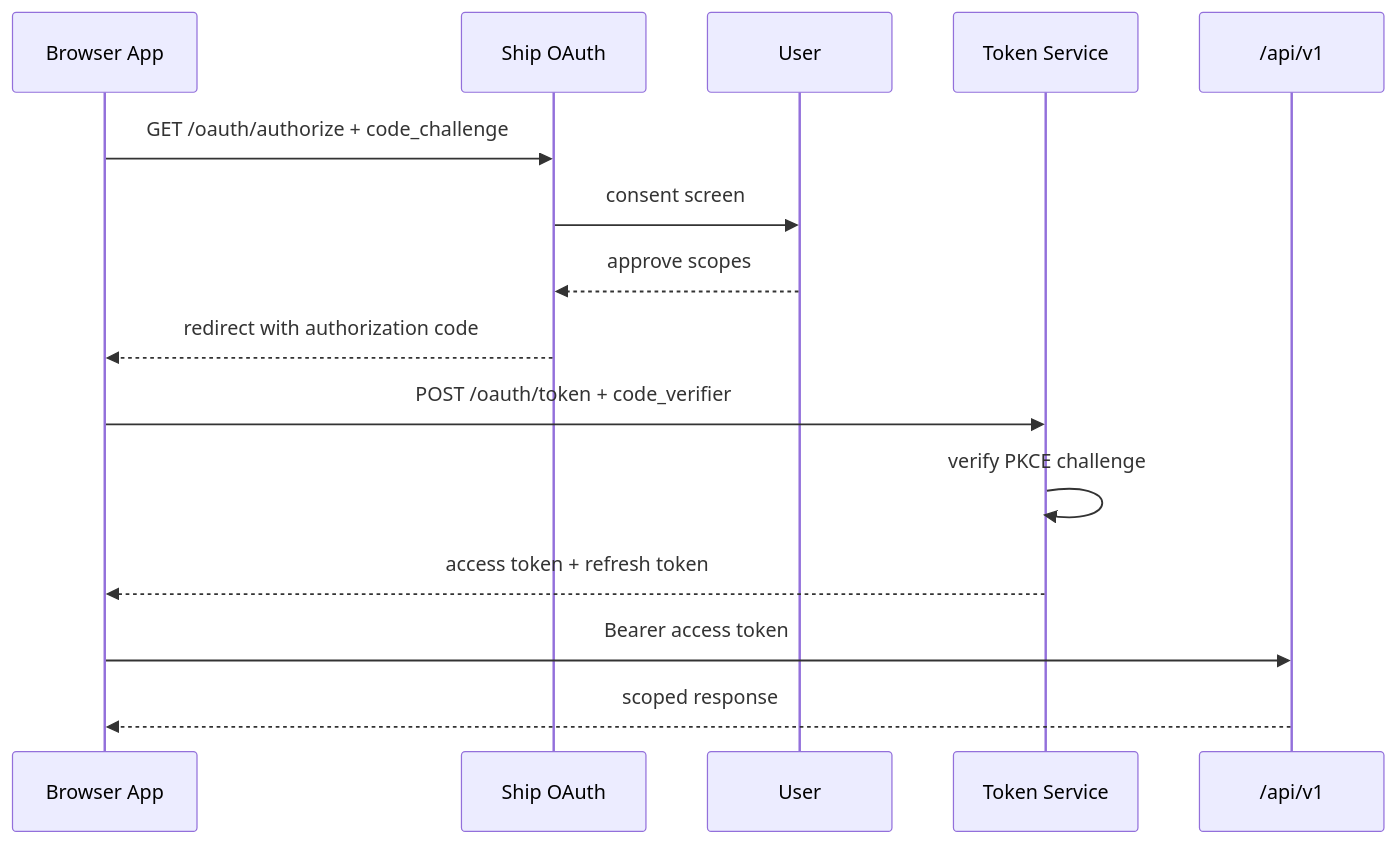
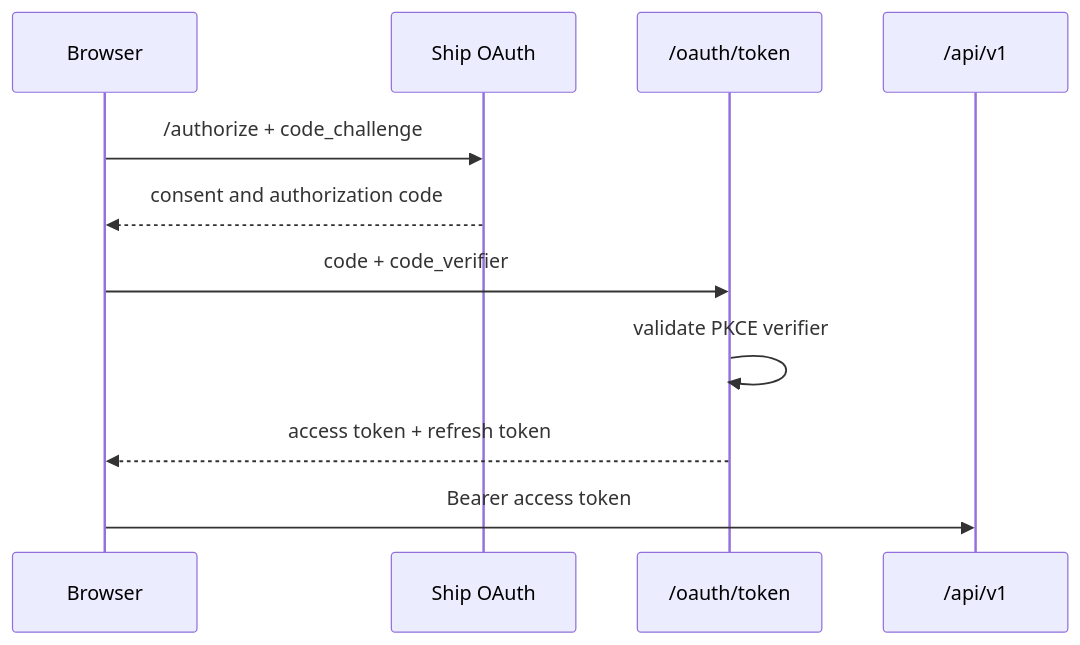
One commit to tylerxia8/ship changed the second of 3 diagrams in docs/architecture.md. Above: the diagram before and after it, drawn with Mermaid. The commit also changed other lines of this file and 2 other files, not shown here.

Commit message:
Consolidate required Plugforge architecture doc

````diff
--- a/docs/architecture.md
+++ b/docs/architecture.md
@@ -241,18 +122,13 @@
 ```mermaid
 sequenceDiagram
-    participant Browser as Browser App
-    participant Ship as Ship OAuth
-    participant User as User
-    participant Token as Token Service
-    participant API as /api/v1
-
-    Browser->>Ship: GET /oauth/authorize + code_challenge
-    Ship->>User: consent screen
-    User-->>Ship: approve scopes
-    Ship-->>Browser: redirect with authorization code
-    Browser->>Token: POST /oauth/token + code_verifier
-    Token->>Token: verify PKCE challenge
-    Token-->>Browser: access token + refresh token
-    Browser->>API: Bearer access token
-    API-->>Browser: scoped response
+  participant Browser
+  participant OAuth as Ship OAuth
+  participant Token as /oauth/token
+  participant API as /api/v1
+  Browser->>OAuth: /authorize + code_challenge
+  OAuth-->>Browser: consent and authorization code
+  Browser->>Token: code + code_verifier
+  Token->>Token: validate PKCE verifier
+  Token-->>Browser: access token + refresh token
+  Browser->>API: Bearer access token
 ```
````
